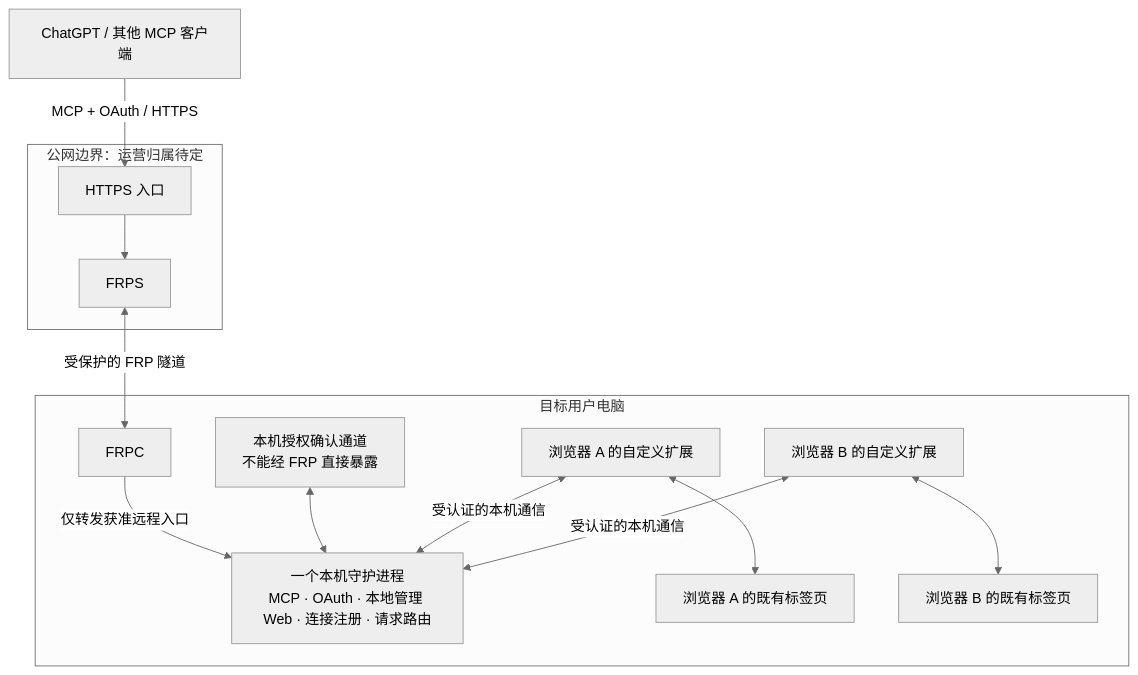
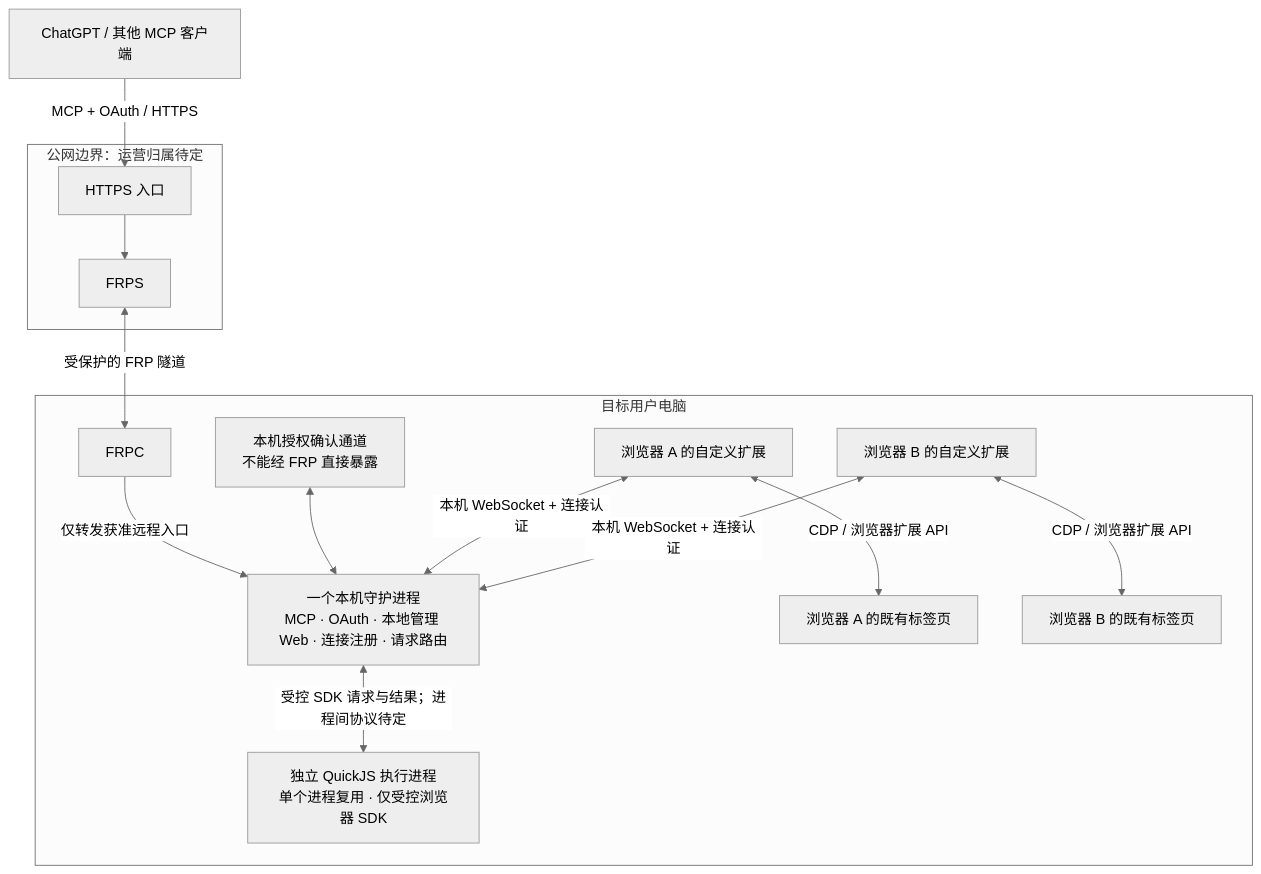
One commit to bYiyLi/Avru changed the diagram in docs/design.md. Above: the diagram before and after it, drawn with Mermaid (neutral theme). The commit also changed other lines of this file and 3 other files, not shown here.

Commit message:
docs: confirm local WebSocket and CDP browser architecture

````diff
--- a/docs/design.md
+++ b/docs/design.md
@@ -17,26 +17,28 @@
 ```mermaid
 flowchart TB
     AI["ChatGPT / 其他 MCP 客户端"]
     subgraph Public["公网边界：运营归属待定"]
         Entry["HTTPS 入口"]
         FRPS["FRPS"]
     end
     subgraph PC["目标用户电脑"]
         FRPC["FRPC"]
         Daemon["一个本机守护进程<br/>MCP · OAuth · 本地管理 Web · 连接注册 · 请求路由"]
+        Runner["独立 QuickJS 执行进程<br/>单个进程复用 · 仅受控浏览器 SDK"]
         LocalAuth["本机授权确认通道<br/>不能经 FRP 直接暴露"]
         ExtA["浏览器 A 的自定义扩展"]
         ExtB["浏览器 B 的自定义扩展"]
         TabsA["浏览器 A 的既有标签页"]
         TabsB["浏览器 B 的既有标签页"]
     end
     AI -->|"MCP + OAuth / HTTPS"| Entry
     Entry --> FRPS
     FRPS <-->|"受保护的 FRP 隧道"| FRPC
     FRPC -->|"仅转发获准远程入口"| Daemon
     LocalAuth <--> Daemon
-    ExtA <-->|"受认证的本机通信"| Daemon
-    ExtB <-->|"受认证的本机通信"| Daemon
-    ExtA <--> TabsA
-    ExtB <--> TabsB
+    Daemon <-->|"受控 SDK 请求与结果；进程间协议待定"| Runner
+    ExtA <-->|"本机 WebSocket + 连接认证"| Daemon
+    ExtB <-->|"本机 WebSocket + 连接认证"| Daemon
+    ExtA <-->|"CDP / 浏览器扩展 API"| TabsA
+    ExtB <-->|"CDP / 浏览器扩展 API"| TabsB
 ```
````
